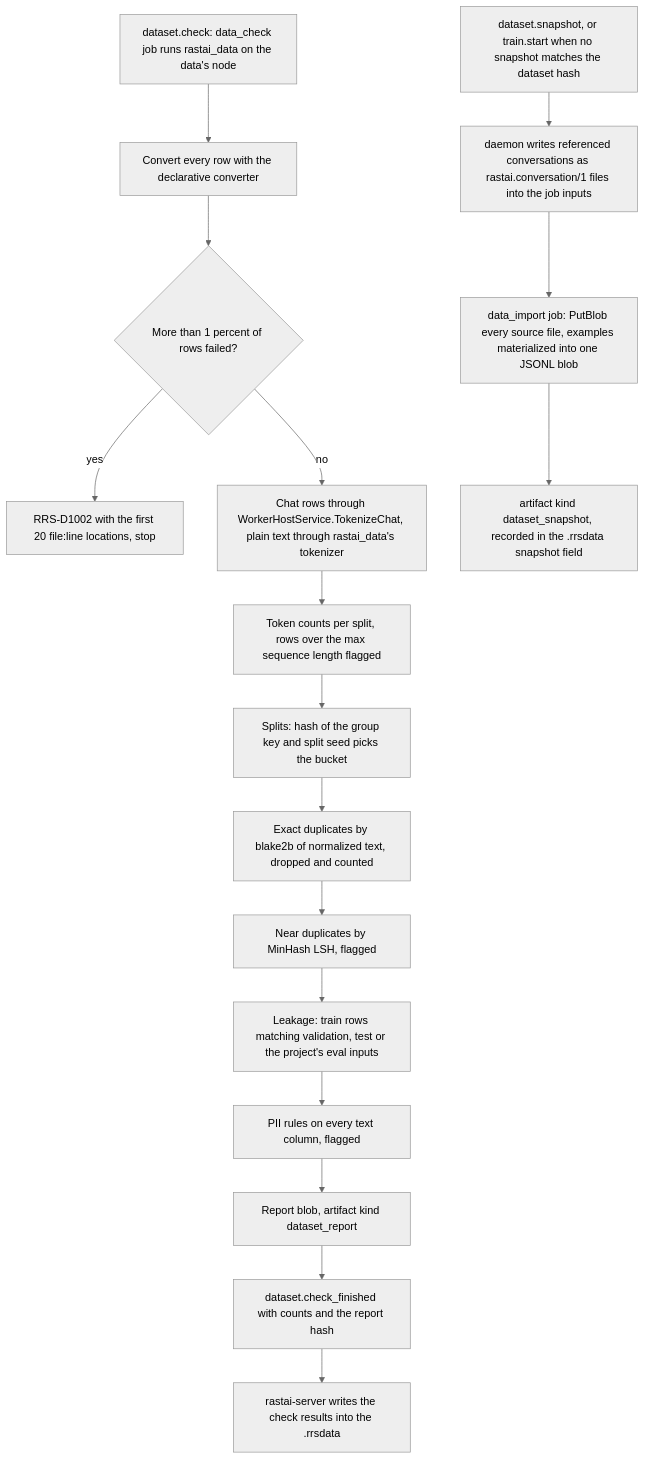
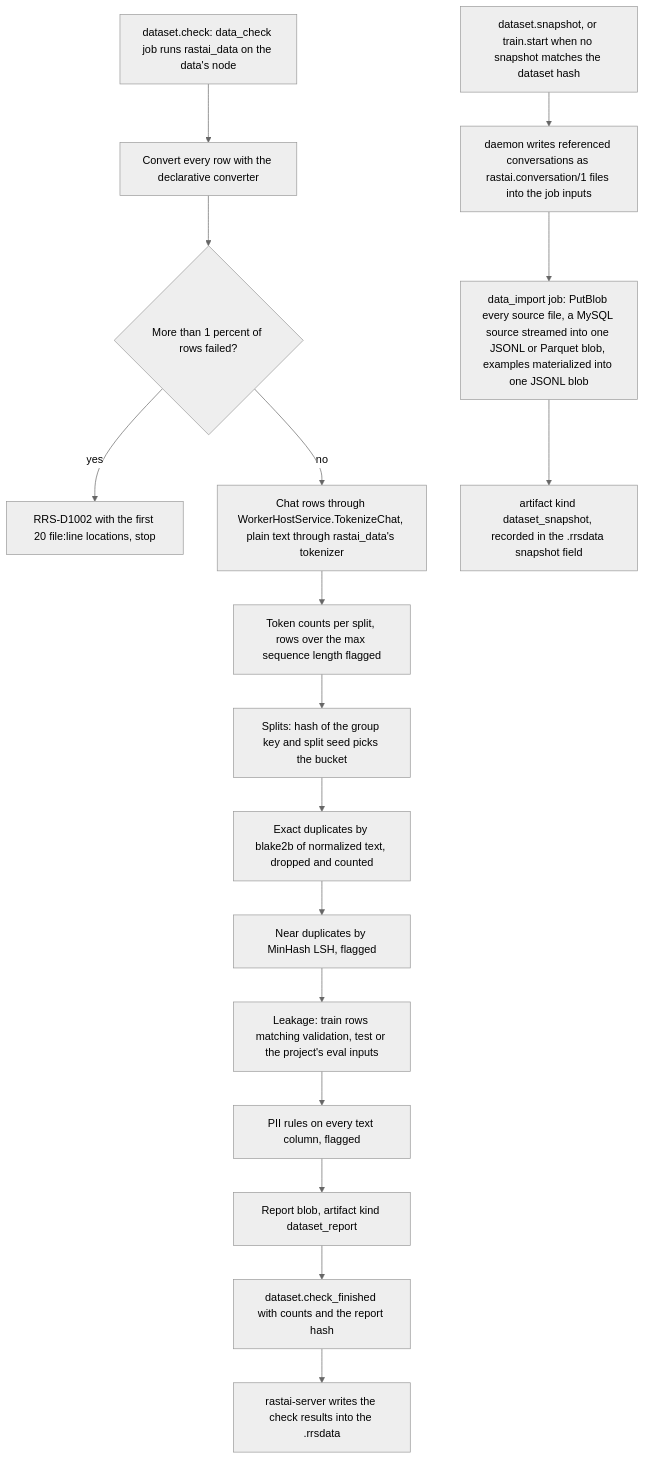
Before and after one commit to Snubiss/RASTAI-Research-Studio: the third of 32 diagrams in docs/architecture/flows/training-evaluation.md, drawn with Mermaid (neutral theme). The commit also changed other lines of this file and 44 other files, not shown here.

````diff
--- a/docs/architecture/flows/training-evaluation.md
+++ b/docs/architecture/flows/training-evaluation.md
@@ -161,19 +160,19 @@
 ```mermaid
 flowchart TD
   A["dataset.check: data_check job runs rastai_data on the data's node"] --> B["Convert every row with the declarative converter"]
   B --> C{"More than 1 percent of rows failed?"}
   C -->|yes| C1["RRS-D1002 with the first 20 file:line locations, stop"]
   C -->|no| D["Chat rows through WorkerHostService.TokenizeChat, plain text through rastai_data's tokenizer"]
   D --> E["Token counts per split, rows over the max sequence length flagged"]
   E --> F["Splits: hash of the group key and split seed picks the bucket"]
   F --> G["Exact duplicates by blake2b of normalized text, dropped and counted"]
   G --> H["Near duplicates by MinHash LSH, flagged"]
   H --> I["Leakage: train rows matching validation, test or the project's eval inputs"]
   I --> J["PII rules on every text column, flagged"]
   J --> K["Report blob, artifact kind dataset_report"]
   K --> L["dataset.check_finished with counts and the report hash"]
   L --> M["rastai-server writes the check results into the .rrsdata"]
   S1["dataset.snapshot, or train.start when no snapshot matches the dataset hash"] --> S2["daemon writes referenced conversations as rastai.conversation/1 files into the job inputs"]
-  S2 --> S3["data_import job: PutBlob every source file, examples materialized into one JSONL blob"]
+  S2 --> S3["data_import job: PutBlob every source file, a MySQL source streamed into one JSONL or Parquet blob, examples materialized into one JSONL blob"]
   S3 --> S4["artifact kind dataset_snapshot, recorded in the .rrsdata snapshot field"]
 ```
````
